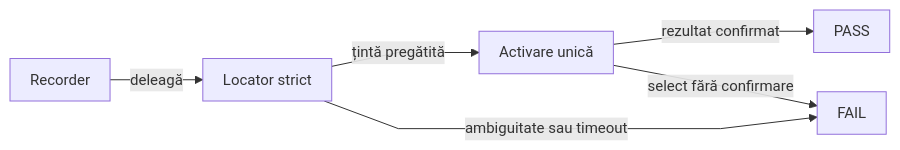
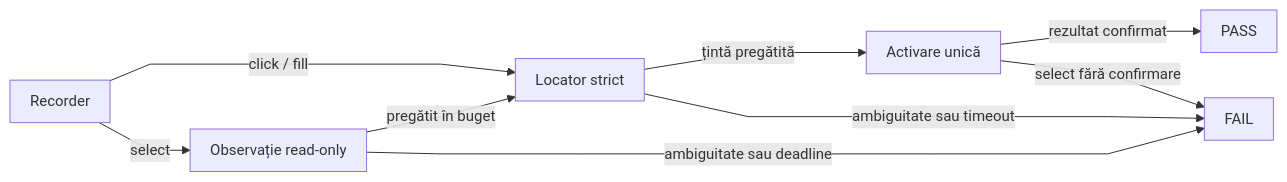
Before and after one commit to crististefanita/atf_j0: the fourth of 9 diagrams in atf-ui/README.md, drawn with Mermaid. The commit also changed other lines of this file and 181 other files, not shown here.

````diff
--- a/atf-ui/README.md
+++ b/atf-ui/README.md
@@ -199,9 +312,12 @@
 ```mermaid
 %%{init: {"themeVariables":{"fontSize":"15px"},"themeCSS":".nodeLabel, .nodeLabel p { font-size: 15px !important; line-height: 1.35 !important; } .edgeLabel, .edgeLabel p { font-size: 12px !important; font-weight: 400 !important; line-height: 1.2 !important; } .edgeLabel .labelBkg, .edgeLabel p { background: transparent !important; } .edgeLabel foreignObject { transform: translateY(-28px); overflow: visible; } .node rect { rx: 6px; ry: 6px; }","flowchart":{"curve":"linear","nodeSpacing":24,"rankSpacing":40,"padding":10,"diagramPadding":24}}}%%
 flowchart LR
-    Record["Recorder"] -->|deleagă| Native["Locator strict"]
+    Record["Recorder"] -->|click / fill| Native["Locator strict"]
+    Record -->|select| Observe["Observație read-only"]
+    Observe -->|pregătit în buget| Native
+    Observe -->|ambiguitate sau deadline| Fail["FAIL"]
     Native -->|țintă pregătită| Activate["Activare unică"]
-    Native -->|ambiguitate sau timeout| Fail["FAIL"]
+    Native -->|ambiguitate sau timeout| Fail
     Activate -->|rezultat confirmat| Pass["PASS"]
     Activate -->|select fără confirmare| Fail
 ```
````
